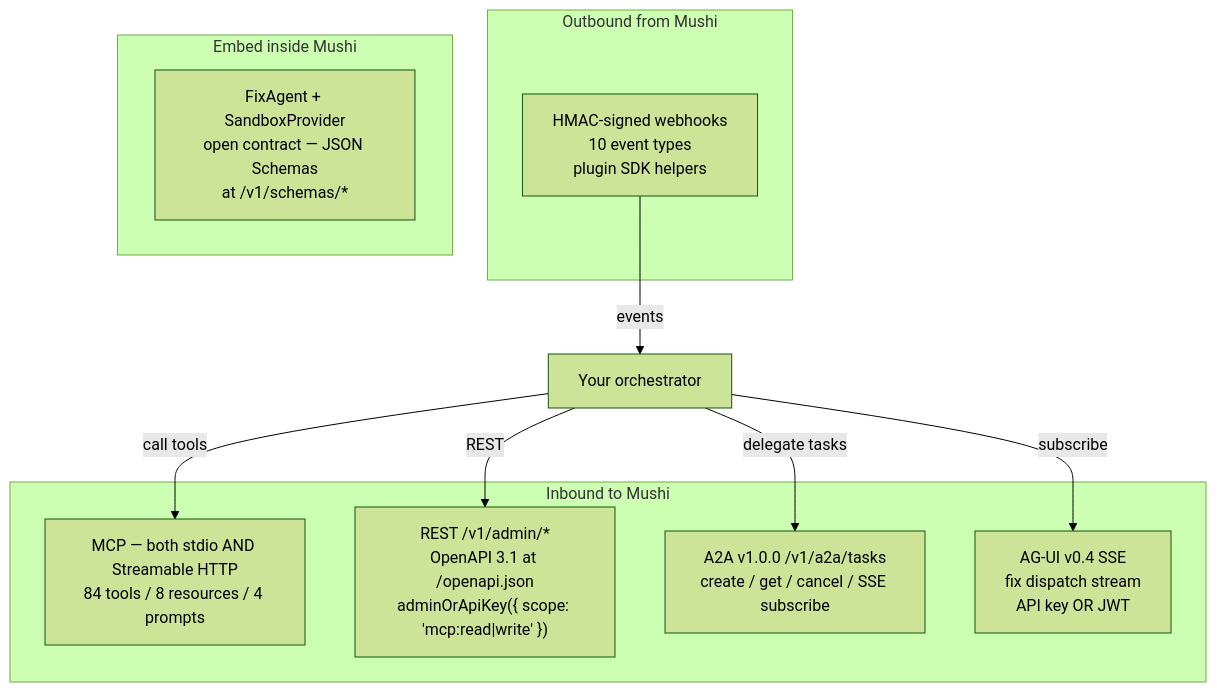
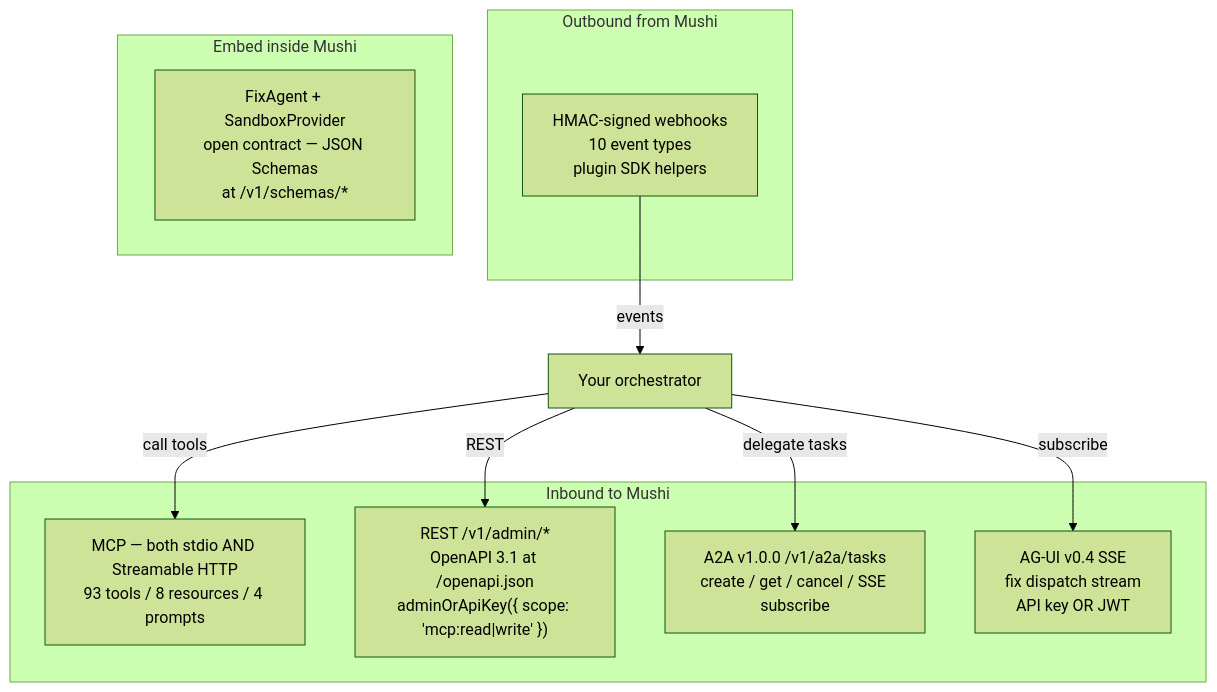
The diagram in apps/docs/content/concepts/orchestrator-interop.mdx (kensaurus/mushi-mushi), drawn with Mermaid (forest theme) before and after one commit. The commit also changed other lines of this file and 17 other files, not shown here.

````diff
--- a/apps/docs/content/concepts/orchestrator-interop.mdx
+++ b/apps/docs/content/concepts/orchestrator-interop.mdx
@@ -32,20 +32,20 @@
 ```mermaid
 flowchart TB
   subgraph Inbound["Inbound to Mushi"]
-    MCP["MCP — both stdio AND Streamable HTTP<br/>84 tools / 8 resources / 4 prompts"]
+    MCP["MCP — both stdio AND Streamable HTTP<br/>93 tools / 8 resources / 4 prompts"]
     REST["REST /v1/admin/*<br/>OpenAPI 3.1 at /openapi.json<br/>adminOrApiKey({ scope: 'mcp:read|write' })"]
     A2A["A2A v1.0.0 /v1/a2a/tasks<br/>create / get / cancel / SSE subscribe"]
     AGUI["AG-UI v0.4 SSE<br/>fix dispatch stream<br/>API key OR JWT"]
   end
   subgraph Outbound["Outbound from Mushi"]
     Hooks["HMAC-signed webhooks<br/>10 event types<br/>plugin SDK helpers"]
   end
   subgraph Native["Embed inside Mushi"]
     FA["FixAgent + SandboxProvider<br/>open contract — JSON Schemas<br/>at /v1/schemas/*"]
   end
   Orch["Your orchestrator"] -->|"call tools"| MCP
   Orch -->|"REST"| REST
   Orch -->|"delegate tasks"| A2A
   Orch -->|"subscribe"| AGUI
   Hooks -->|"events"| Orch
 ```
````
